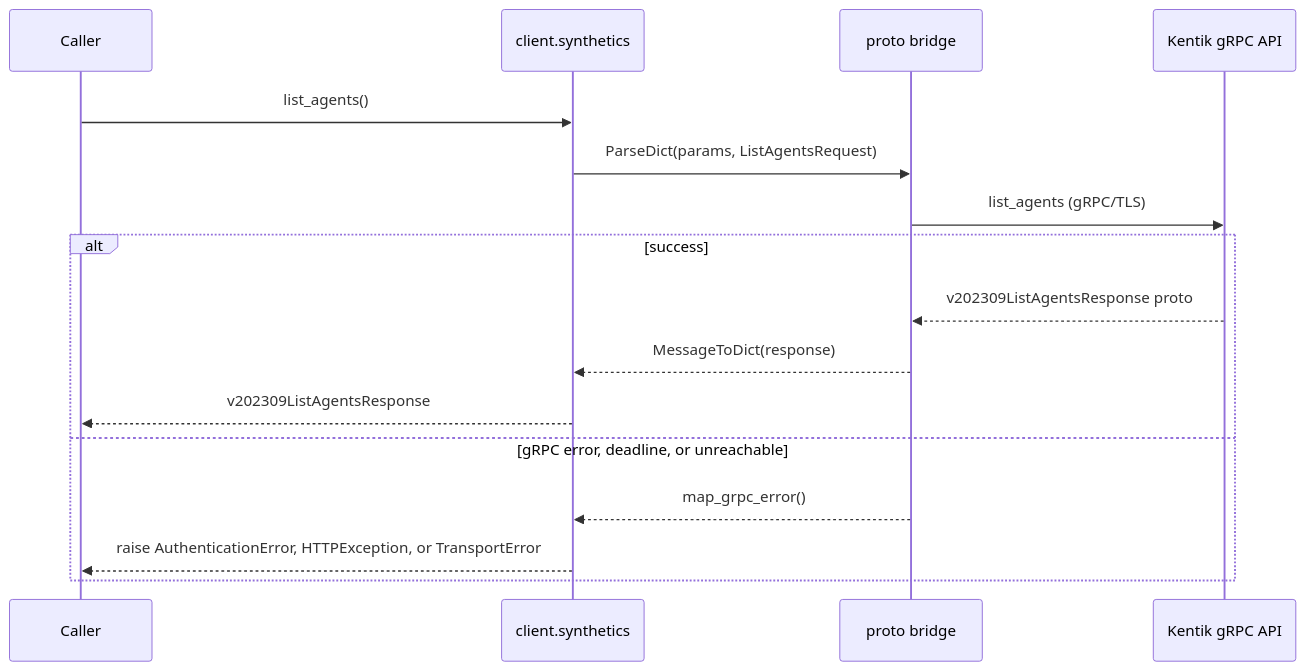
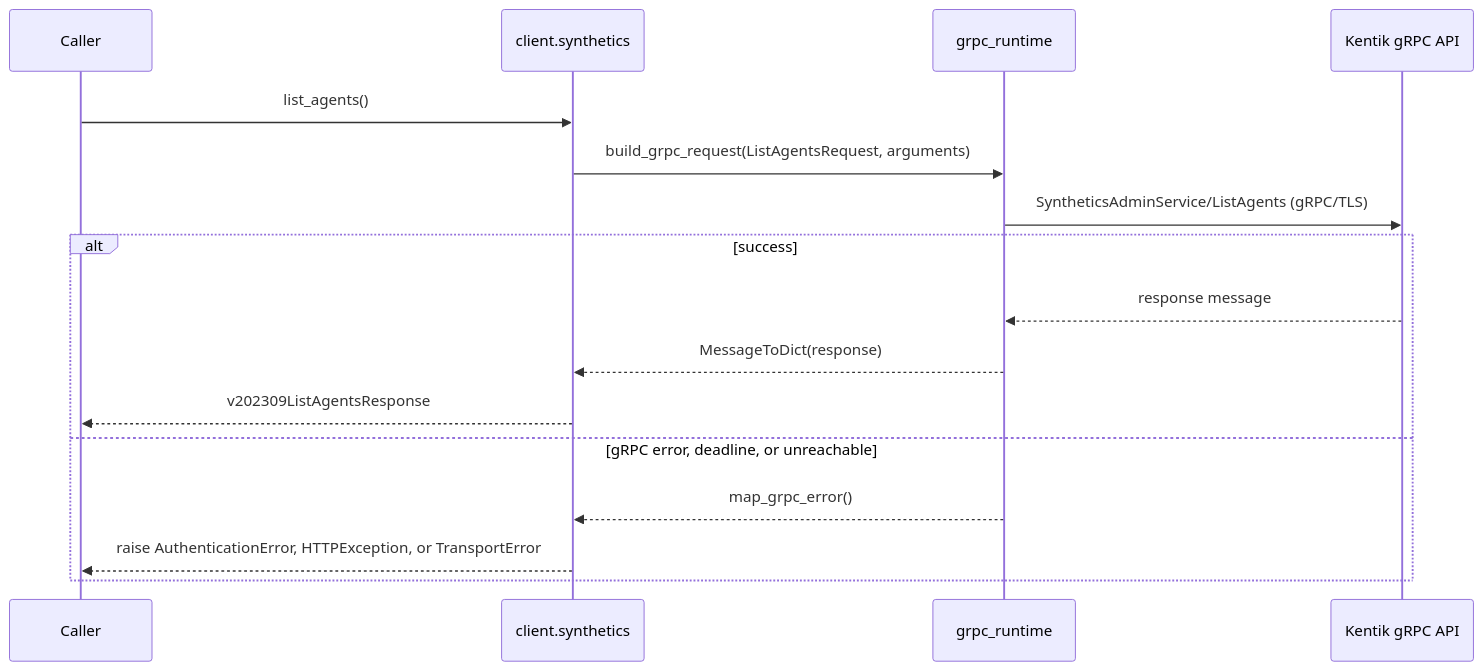
Before and after one commit to alexdearaujo/community_sdk_python: diagram 13 of 38 in docs/sphinx/services/synthetics.md, drawn with Mermaid. The commit also changed other lines of this file and 37 other files, not shown here.

First line of the commit message:
docs: show the real RPC in each service page's gRPC diagram

````diff
--- a/docs/sphinx/services/synthetics.md
+++ b/docs/sphinx/services/synthetics.md
@@ -441,19 +441,19 @@
 ```mermaid
 sequenceDiagram
     participant C as Caller
     participant W as client.synthetics
-    participant B as proto bridge
+    participant R as grpc_runtime
     participant API as Kentik gRPC API
 
     C->>W: list_agents()
-    W->>B: ParseDict(params, ListAgentsRequest)
-    B->>API: list_agents (gRPC/TLS)
+    W->>R: build_grpc_request(ListAgentsRequest, arguments)
+    R->>API: SyntheticsAdminService/ListAgents (gRPC/TLS)
     alt success
-        API-->>B: v202309ListAgentsResponse proto
-        B-->>W: MessageToDict(response)
+        API-->>R: response message
+        R-->>W: MessageToDict(response)
         W-->>C: v202309ListAgentsResponse
     else gRPC error, deadline, or unreachable
-        B-->>W: map_grpc_error()
+        R-->>W: map_grpc_error()
         W-->>C: raise AuthenticationError, HTTPException, or TransportError
     end
 ```
````
